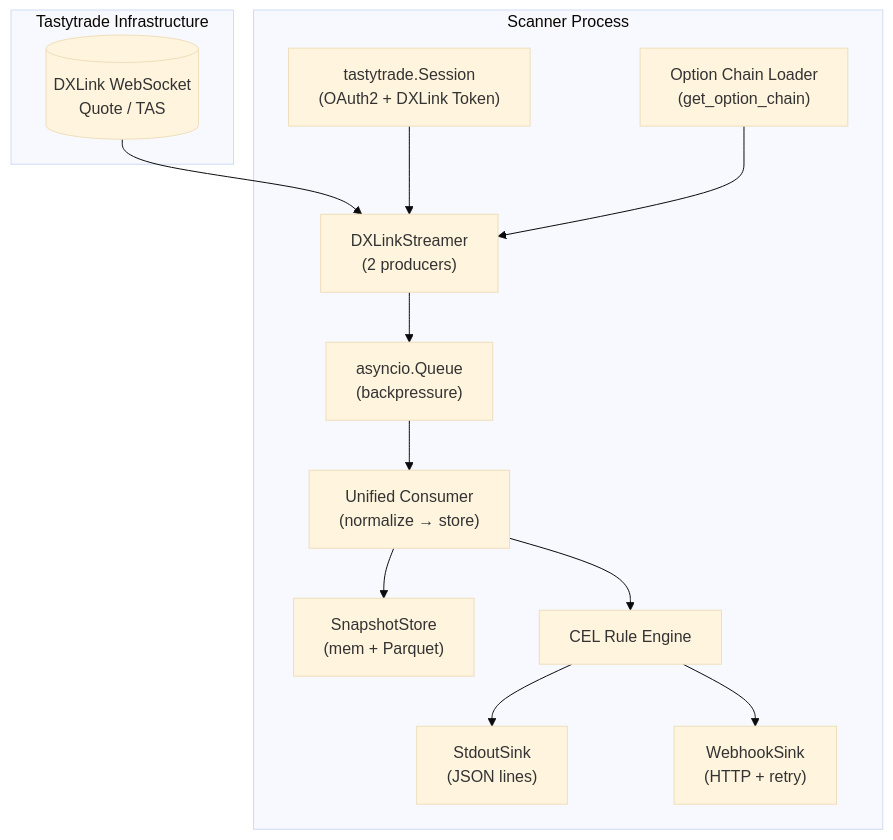
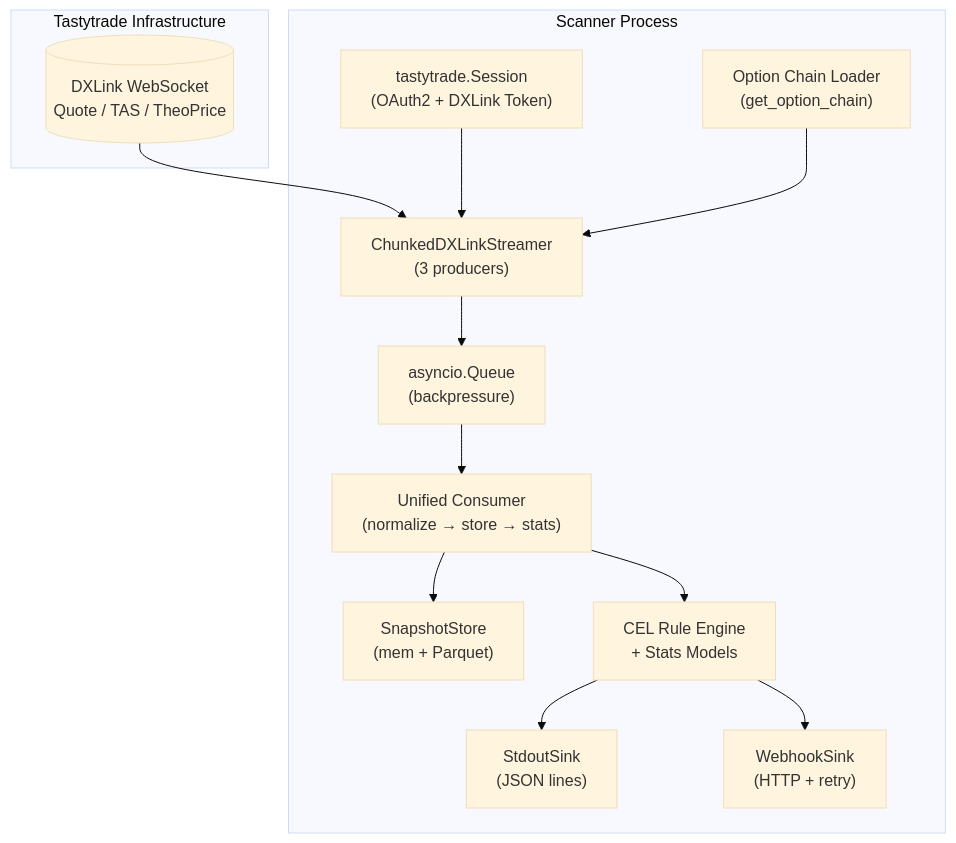
The first of 2 diagrams in docs/architecture.md (rcapozzi/dxlink-scanner), drawn with Mermaid (base theme) before and after one commit. The commit also changed other lines of this file and 2 other files, not shown here.

First line of the commit message:
docs: update README, index, and architecture for current codebase

````diff
--- a/docs/architecture.md
+++ b/docs/architecture.md
@@ -7,28 +7,28 @@
 ```mermaid
 flowchart TD
     subgraph "Tastytrade Infrastructure"
-        DXLink[("DXLink WebSocket\nQuote / TAS")]
+        DXLink[("DXLink WebSocket\nQuote / TAS / TheoPrice")]
     end
 
     subgraph "Scanner Process"
         Auth["tastytrade.Session\n(OAuth2 + DXLink Token)"]
         Chain["Option Chain Loader\n(get_option_chain)"]
-        Streamer["DXLinkStreamer\n(2 producers)"]
+        Streamer["ChunkedDXLinkStreamer\n(3 producers)"]
         Queue["asyncio.Queue\n(backpressure)"]
-        Consumer["Unified Consumer\n(normalize → store)"]
+        Consumer["Unified Consumer\n(normalize → store → stats)"]
         Store["SnapshotStore\n(mem + Parquet)"]
-        CELRuleEngine["CEL Rule Engine"]
+        CELRuleEngine["CEL Rule Engine\n+ Stats Models"]
         StdoutSink["StdoutSink\n(JSON lines)"]
         WebhookSink["WebhookSink\n(HTTP + retry)"]
     end
 
     DXLink --> Streamer
     Auth --> Streamer
     Chain --> Streamer
     Streamer --> Queue
     Queue --> Consumer
     Consumer --> Store
     Consumer --> CELRuleEngine
     CELRuleEngine --> StdoutSink
     CELRuleEngine --> WebhookSink
 ```
````
